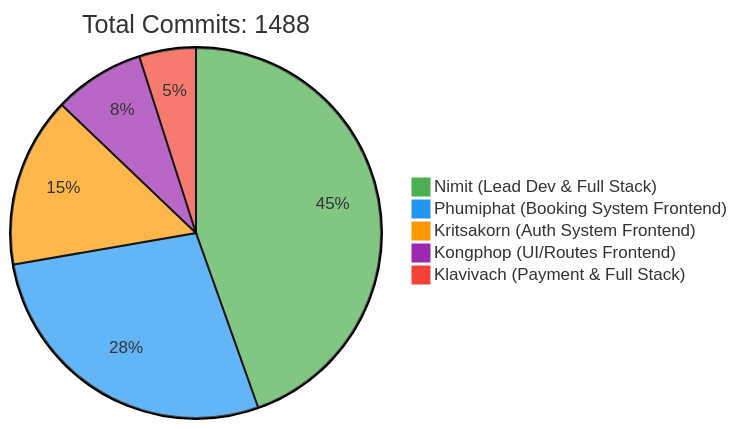
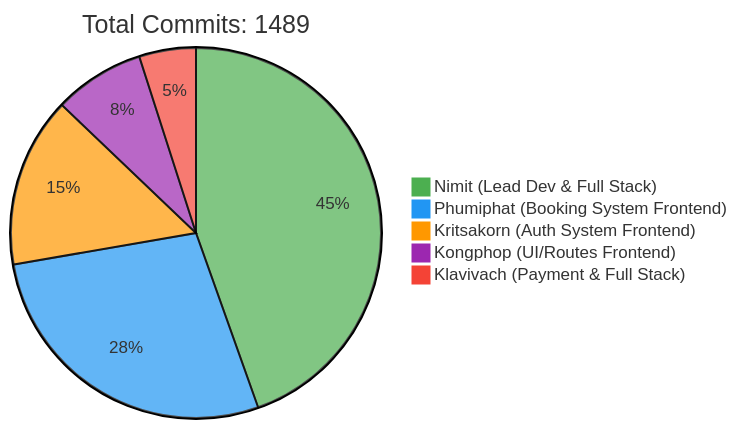
One commit to 6531503042/Sport-Complex changed the first of 2 diagrams in README.md. Above: the diagram before and after it, drawn with Mermaid. The commit also changed other lines of this file, not shown here.

Commit message:
docs: Update contributor statistics [skip ci]

````diff
--- a/README.md
+++ b/README.md
@@ -257,10 +257,10 @@
 ```mermaid
 %%{init: {'theme': 'base', 'themeVariables': { 'pie1': '#4CAF50', 'pie2': '#2196F3', 'pie3': '#FF9800', 'pie4': '#9C27B0', 'pie5': '#F44336'}}}%%
 pie
-    title Total Commits: 1488
+    title Total Commits: 1489
     "Nimit (Lead Dev & Full Stack)" : 450
     "Phumiphat (Booking System Frontend)" : 280
     "Kritsakorn (Auth System Frontend)" : 150
     "Kongphop (UI/Routes Frontend)" : 80
     "Klavivach (Payment & Full Stack)" : 50
 ```
````
